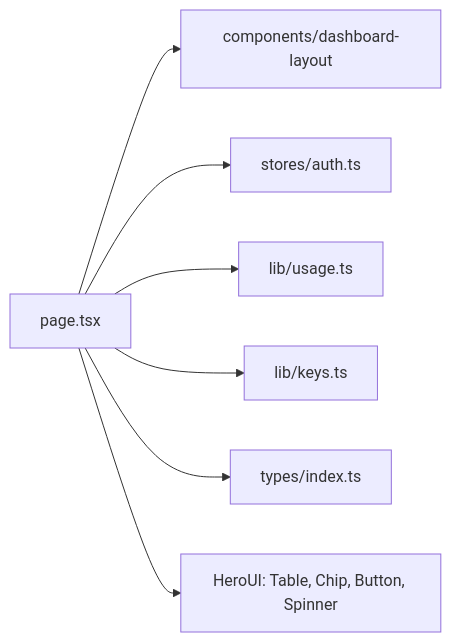
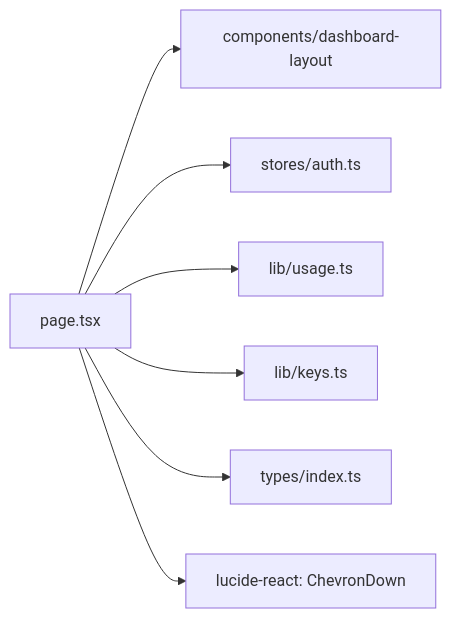
Before and after one commit to Zekiwest/sub2api-web: the diagram in src/app/usage/_dir.md, drawn with Mermaid. The commit also changed other lines of this file and 25 other files, not shown here.

First line of the commit message:
feat(dashboard): Add Tremor-style KPI cards and charts

````diff
--- a/src/app/usage/_dir.md
+++ b/src/app/usage/_dir.md
@@ -26,9 +34,9 @@
 ```mermaid
 graph LR
     P[page.tsx] --> DL[components/dashboard-layout]
     P --> S[stores/auth.ts]
     P --> U[lib/usage.ts]
     P --> K[lib/keys.ts]
     P --> T[types/index.ts]
-    P --> H[HeroUI: Table, Chip, Button, Spinner]
+    P --> L[lucide-react: ChevronDown]
 ```
````
